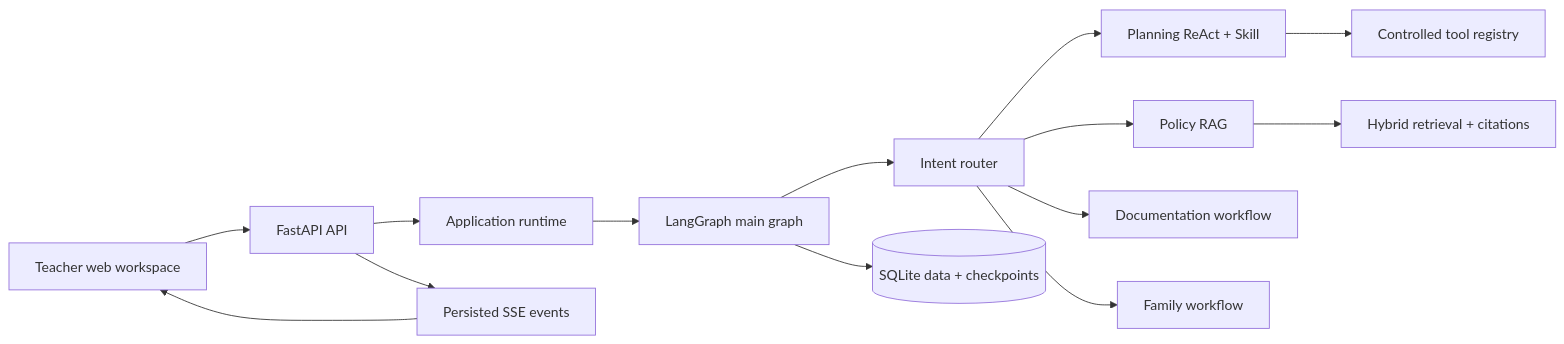
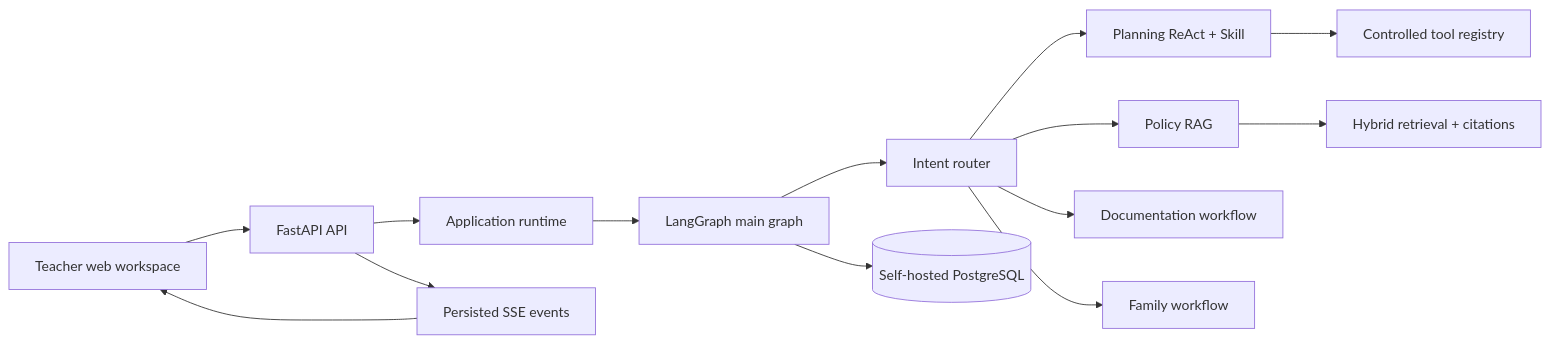
Before and after one commit to MengC-OvO/easy-teaching: the diagram in README.md, drawn with Mermaid. The commit also changed other lines of this file and 32 other files, not shown here.

````diff
--- a/README.md
+++ b/README.md
@@ -28,16 +28,16 @@
 ```mermaid
 flowchart LR
     Browser["Teacher web workspace"] --> API["FastAPI API"]
     API --> Runtime["Application runtime"]
     Runtime --> Graph["LangGraph main graph"]
     Graph --> Router["Intent router"]
     Router --> Planning["Planning ReAct + Skill"]
     Router --> Policy["Policy RAG"]
     Router --> Docs["Documentation workflow"]
     Router --> Family["Family workflow"]
     Planning --> Tools["Controlled tool registry"]
     Policy --> Knowledge["Hybrid retrieval + citations"]
-    Graph --> Store[("SQLite data + checkpoints")]
+    Graph --> Store[("Self-hosted PostgreSQL")]
     API --> Events["Persisted SSE events"]
     Events --> Browser
 ```
````
